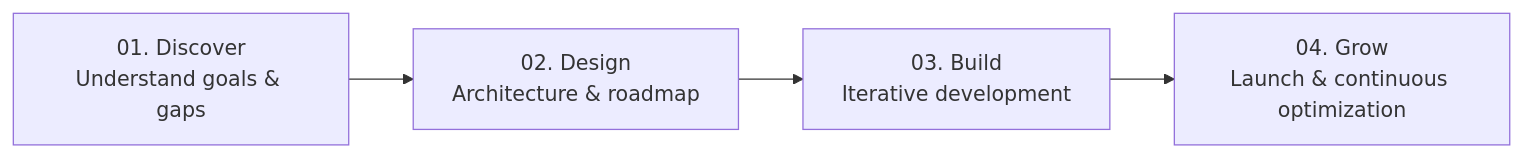
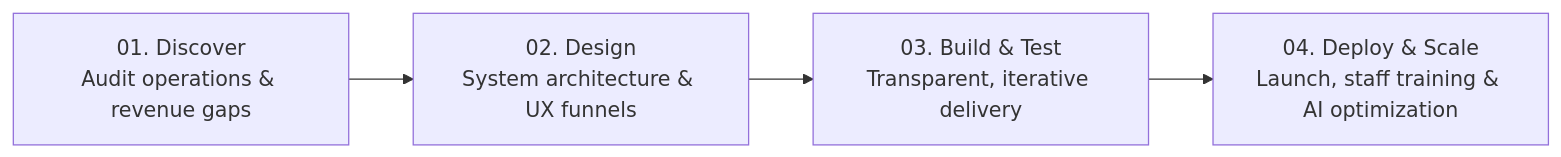
The diagram in README.md (provixtech/provixtech), drawn with Mermaid before and after one commit. The commit also changed other lines of this file and 1 other file, not shown here.

````diff
--- a/README.md
+++ b/README.md
@@ -69,6 +72,6 @@
 ```mermaid
 flowchart LR
-    A["01. Discover<br/>Understand goals & gaps"] --> B["02. Design<br/>Architecture & roadmap"]
-    B --> C["03. Build<br/>Iterative development"]
-    C --> D["04. Grow<br/>Launch & continuous optimization"]
+    A["01. Discover<br/>Audit operations & revenue gaps"] --> B["02. Design<br/>System architecture & UX funnels"]
+    B --> C["03. Build & Test<br/>Transparent, iterative delivery"]
+    C --> D["04. Deploy & Scale<br/>Launch, staff training & AI optimization"]
 ```
````
